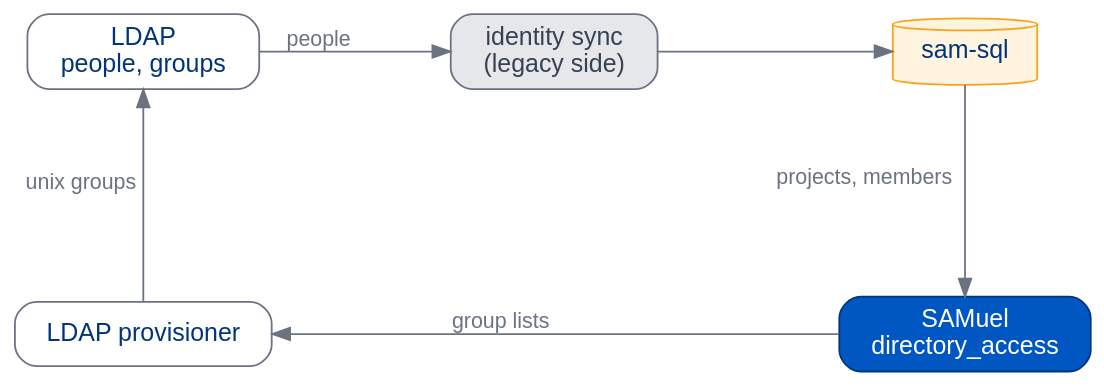
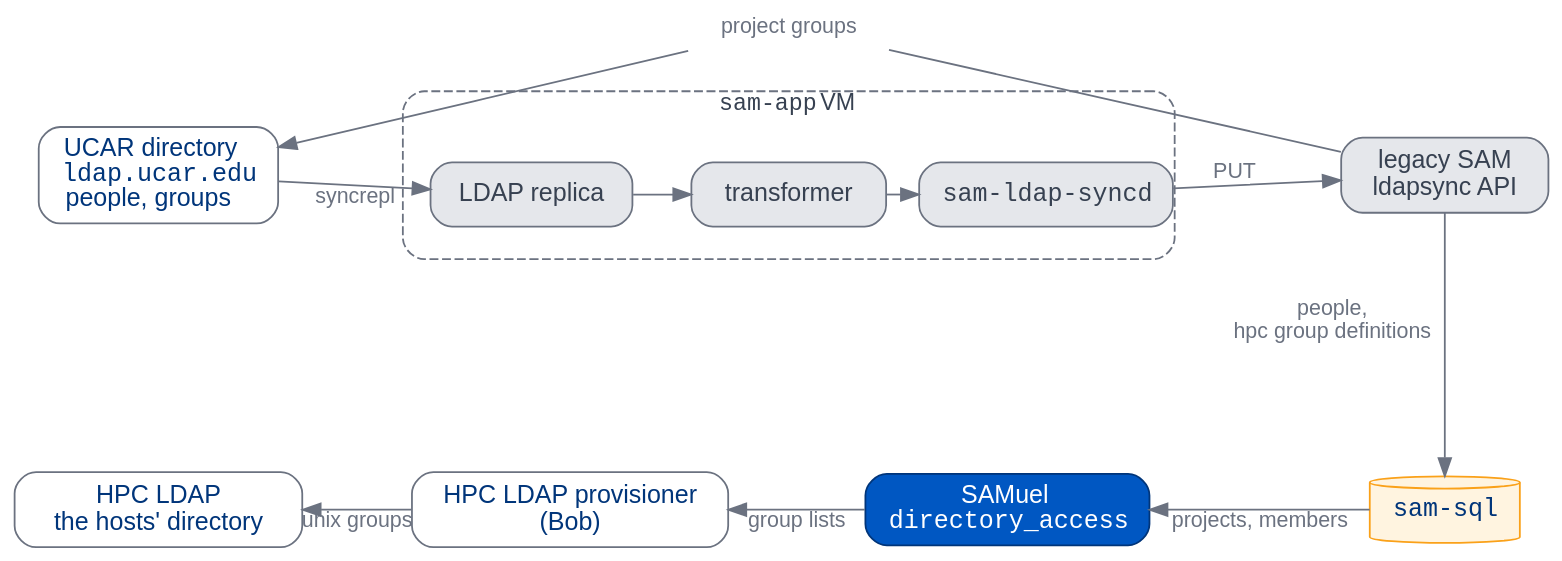
Before and after one commit to benkirk/sam-queries: the sixth of 6 diagrams in docs/presentations/samuel/_4-systems.qmd, drawn with Graphviz. The commit also changed other lines of this file and 63 other files, not shown here.

````diff
--- a/docs/presentations/samuel/_4-systems.qmd
+++ b/docs/presentations/samuel/_4-systems.qmd
@@ -539,22 +551,34 @@
 ```{dot}
 //| fig-width: 10
 digraph Loop {
   graph [layout=neato, splines=true, bgcolor="transparent"];
   node  [shape=box, style="rounded,filled", fontname="Helvetica", fontsize=14,
          fillcolor="#FFFFFF", color="#6B7280", fontcolor="#00357A", margin="0.18,0.08"];
   edge  [fontname="Helvetica", fontsize=12, color="#6B7280", fontcolor="#6B7280"];
-  ldap   [label="LDAP\npeople, groups", pos="0,2.2!"];
-  syncd  [label="identity sync\n(legacy side)", pos="3.2,2.2!", fillcolor="#E5E7EB",
-          fontcolor="#374151"];
-  sql    [label="sam-sql", pos="6.4,2.2!", shape=cylinder, fillcolor="#FFF4E0",
-          color="#FAA119"];
-  samuel [label="SAMuel\ndirectory_access", pos="6.4,0!", fillcolor="#0057C2",
-          color="#00357A", fontcolor="#FFFFFF"];
-  prov   [label="LDAP provisioner", pos="0,0!"];
-  ldap -> syncd [label="people"];
-  syncd -> sql;
+  // the sam-app VM, drawn first so it sits behind its three services
+  box    [label=<<FONT FACE="Courier">sam-app</FONT>&#160;VM>, labelloc=t, shape=box, style="rounded,dashed", width=6.0, height=1.3,
+          fixedsize=true, color="#6B7280", fontcolor="#374151", fontsize=13, pos="5.3,2.6!"];
+  dir    [label=<UCAR directory<BR/><FONT FACE="Courier">ldap.ucar.edu</FONT><BR/>people, groups>, pos="0.4,2.6!"];
+  repl   [label="LDAP replica", pos="3.3,2.45!", fillcolor="#E5E7EB", fontcolor="#374151"];
+  xf     [label="transformer", pos="5.3,2.45!", fillcolor="#E5E7EB", fontcolor="#374151"];
+  syncd  [label=<<FONT FACE="Courier">sam-ldap-syncd</FONT>>, pos="7.3,2.45!", fillcolor="#E5E7EB", fontcolor="#374151"];
+  tomcat [label="legacy SAM\nldapsync API", pos="10.4,2.6!", fillcolor="#E5E7EB", fontcolor="#374151"];
+  sql    [label=<<FONT FACE="Courier">sam-sql</FONT>>, pos="10.4,0!", shape=cylinder, fillcolor="#FFF4E0", color="#FAA119"];
+  samuel [label=<SAMuel<BR/><FONT FACE="Courier">directory_access</FONT>>, pos="7.0,0!", fillcolor="#0057C2", color="#00357A",
+          fontcolor="#FFFFFF"];
+  prov   [label="HPC LDAP provisioner\n(Bob)", pos="3.6,0!"];
+  hpcldap [label="HPC LDAP\nthe hosts' directory", pos="0.4,0!"];
+  dir -> repl [label="syncrepl"];
+  repl -> xf; xf -> syncd;
+  syncd -> tomcat [label="PUT"];
+  tomcat -> sql [label="people,\nhpc group definitions"];
+  // project groups go back over the top, through an invisible waypoint
+  wp     [label="project groups", shape=plaintext, style="", fontsize=12, fontcolor="#6B7280",
+          pos="5.3,3.75!"];
+  tomcat -> wp [arrowhead=none];
+  wp -> dir;
   sql -> samuel [label="projects, members"];
   samuel -> prov [label="group lists"];
-  prov -> ldap [label="unix groups"];
+  prov -> hpcldap [label="unix groups"];
 }
 ```
````
